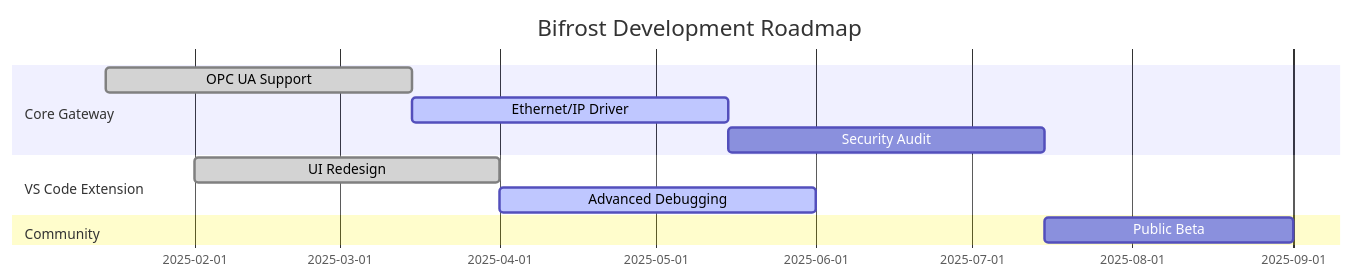
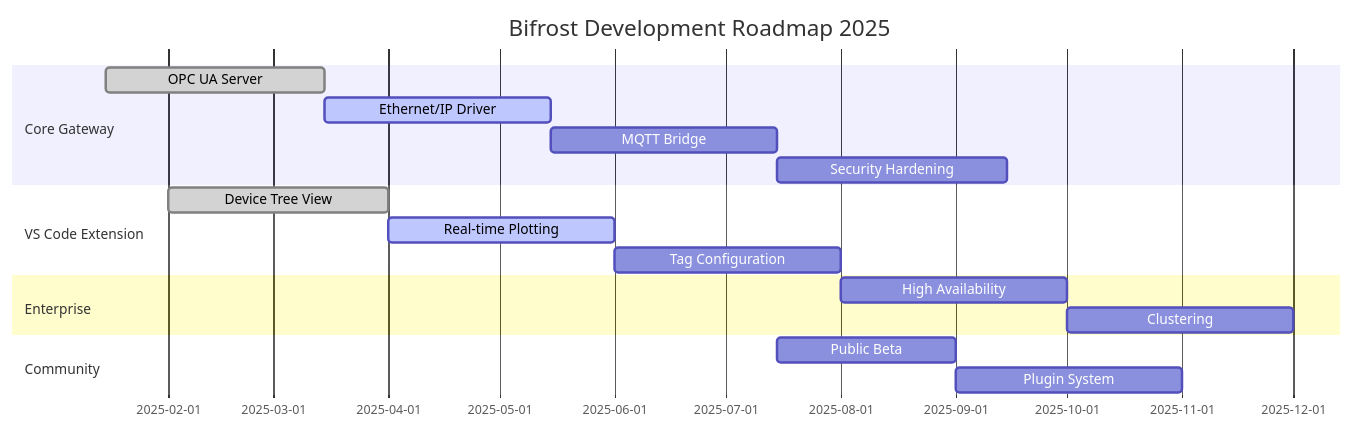
One commit to IamMikeHelsel/bifrost changed the second of 2 diagrams in README.md. Above: the diagram before and after it, drawn with Mermaid. The commit also changed other lines of this file and 10 other files, not shown here.

````diff
--- a/README.md
+++ b/README.md
@@ -51,14 +61,20 @@
 ```mermaid
 gantt
-    title Bifrost Development Roadmap
+    title Bifrost Development Roadmap 2025
     dateFormat  YYYY-MM-DD
     section Core Gateway
-    OPC UA Support       :done,    des1, 2025-01-15, 2025-03-15
-    Ethernet/IP Driver   :active,  des2, 2025-03-15, 2025-05-15
-    Security Audit       :         des3, 2025-05-15, 2025-07-15
+    OPC UA Server        :done,    opcua, 2025-01-15, 2025-03-15
+    Ethernet/IP Driver   :active,  eip, 2025-03-15, 2025-05-15
+    MQTT Bridge          :         mqtt, 2025-05-15, 2025-07-15
+    Security Hardening   :         sec, 2025-07-15, 2025-09-15
     section VS Code Extension
-    UI Redesign          :done,    des4, 2025-02-01, 2025-04-01
-    Advanced Debugging   :active,  des5, 2025-04-01, 2025-06-01
+    Device Tree View     :done,    tree, 2025-02-01, 2025-04-01
+    Real-time Plotting   :active,  plot, 2025-04-01, 2025-06-01
+    Tag Configuration    :         tags, 2025-06-01, 2025-08-01
+    section Enterprise
+    High Availability    :         ha, 2025-08-01, 2025-10-01
+    Clustering           :         cluster, 2025-10-01, 2025-12-01
     section Community
-    Public Beta          :         des6, 2025-07-15, 2025-09-01
+    Public Beta          :         beta, 2025-07-15, 2025-09-01
+    Plugin System        :         plugins, 2025-09-01, 2025-11-01
 ```
````
